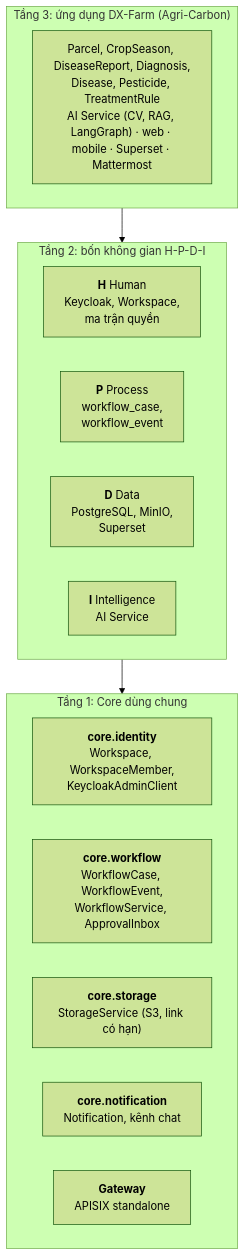
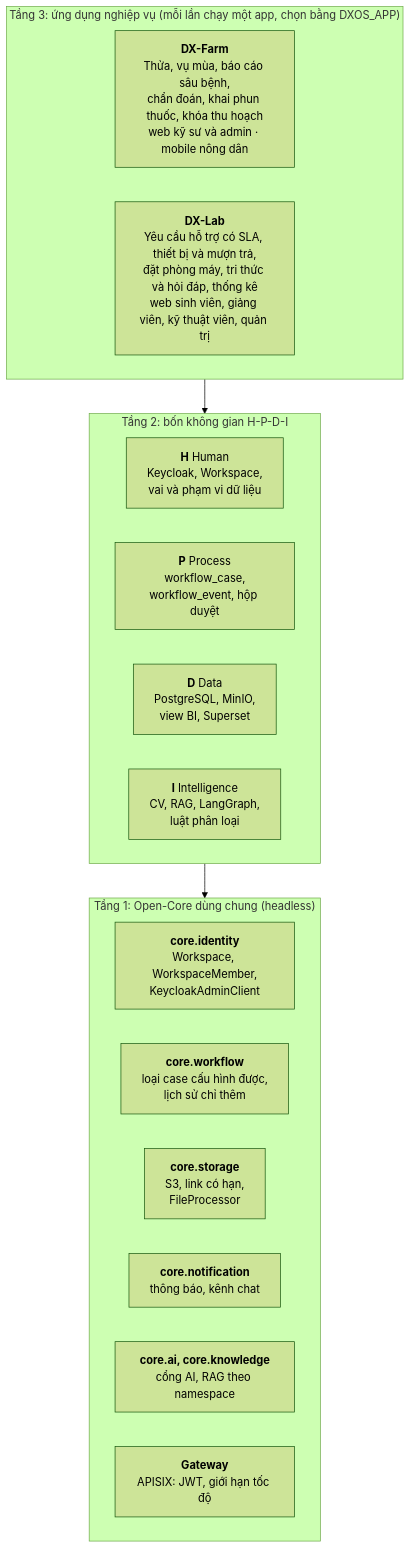
Before and after one commit to HaUI-ImplSolution/DX-OS: the first of 4 diagrams in development/docs/submission/ARCHITECTURE_OPEN_CORE.md, drawn with Mermaid (forest theme). The commit also changed other lines of this file and 19 other files, not shown here.

````diff
--- a/development/docs/submission/ARCHITECTURE_OPEN_CORE.md
+++ b/development/docs/submission/ARCHITECTURE_OPEN_CORE.md
@@ -8,26 +9,28 @@
 ```mermaid
 flowchart TB
-  subgraph T3["Tầng 3: ứng dụng DX-Farm (Agri-Carbon)"]
+  subgraph T3["Tầng 3: ứng dụng nghiệp vụ (mỗi lần chạy một app, chọn bằng DXOS_APP)"]
     direction LR
-    APP["Parcel, CropSeason, DiseaseReport, Diagnosis,<br/>Disease, Pesticide, TreatmentRule<br/>AI Service (CV, RAG, LangGraph) · web · mobile · Superset · Mattermost"]
+    FARM["<b>DX-Farm</b><br/>Thửa, vụ mùa, báo cáo sâu bệnh,<br/>chẩn đoán, khai phun thuốc, khóa thu hoạch<br/>web kỹ sư và admin · mobile nông dân"]
+    LAB["<b>DX-Lab</b><br/>Yêu cầu hỗ trợ có SLA, thiết bị và mượn trả,<br/>đặt phòng máy, tri thức và hỏi đáp, thống kê<br/>web sinh viên, giảng viên, kỹ thuật viên, quản trị"]
   end
 
   subgraph T2["Tầng 2: bốn không gian H-P-D-I"]
     direction LR
-    H["<b>H</b> Human<br/>Keycloak, Workspace,<br/>ma trận quyền"]
-    P["<b>P</b> Process<br/>workflow_case,<br/>workflow_event"]
-    D["<b>D</b> Data<br/>PostgreSQL, MinIO,<br/>Superset"]
-    I["<b>I</b> Intelligence<br/>AI Service"]
+    H["<b>H</b> Human<br/>Keycloak, Workspace,<br/>vai và phạm vi dữ liệu"]
+    P["<b>P</b> Process<br/>workflow_case,<br/>workflow_event, hộp duyệt"]
+    D["<b>D</b> Data<br/>PostgreSQL, MinIO,<br/>view BI, Superset"]
+    I["<b>I</b> Intelligence<br/>CV, RAG, LangGraph,<br/>luật phân loại"]
   end
 
-  subgraph T1["Tầng 1: Core dùng chung"]
+  subgraph T1["Tầng 1: Open-Core dùng chung (headless)"]
     direction LR
     ID["<b>core.identity</b><br/>Workspace, WorkspaceMember,<br/>KeycloakAdminClient"]
-    WF["<b>core.workflow</b><br/>WorkflowCase, WorkflowEvent,<br/>WorkflowService, ApprovalInbox"]
-    ST["<b>core.storage</b><br/>StorageService (S3, link có hạn)"]
-    NT["<b>core.notification</b><br/>Notification, kênh chat"]
-    GW["<b>Gateway</b><br/>APISIX standalone"]
+    WF["<b>core.workflow</b><br/>loại case cấu hình được,<br/>lịch sử chỉ thêm"]
+    ST["<b>core.storage</b><br/>S3, link có hạn,<br/>FileProcessor"]
+    NT["<b>core.notification</b><br/>thông báo, kênh chat"]
+    AIG["<b>core.ai, core.knowledge</b><br/>cổng AI, RAG theo namespace"]
+    GW["<b>Gateway</b><br/>APISIX: JWT, giới hạn tốc độ"]
   end
 
   T3 --> T2 --> T1
 ```
````
